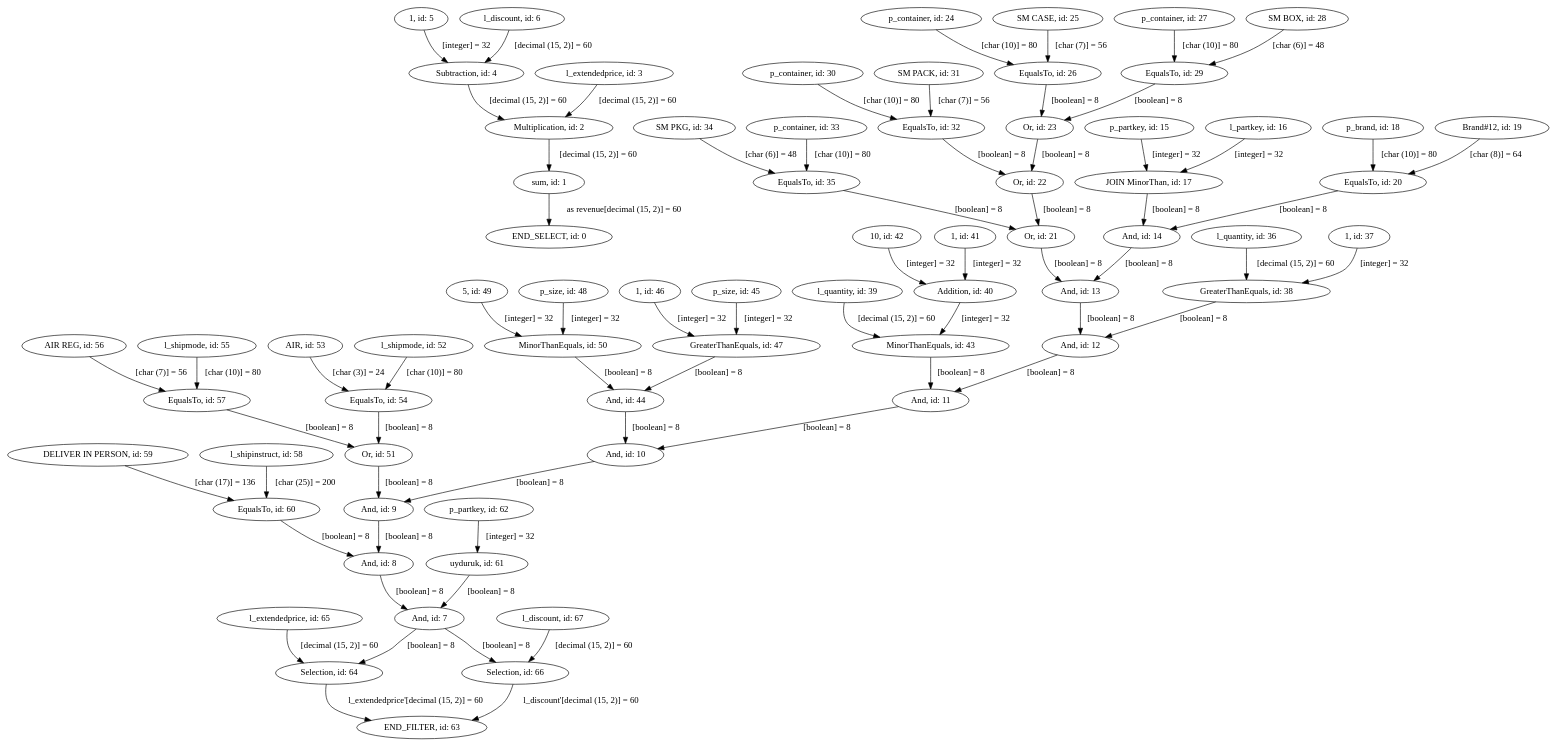
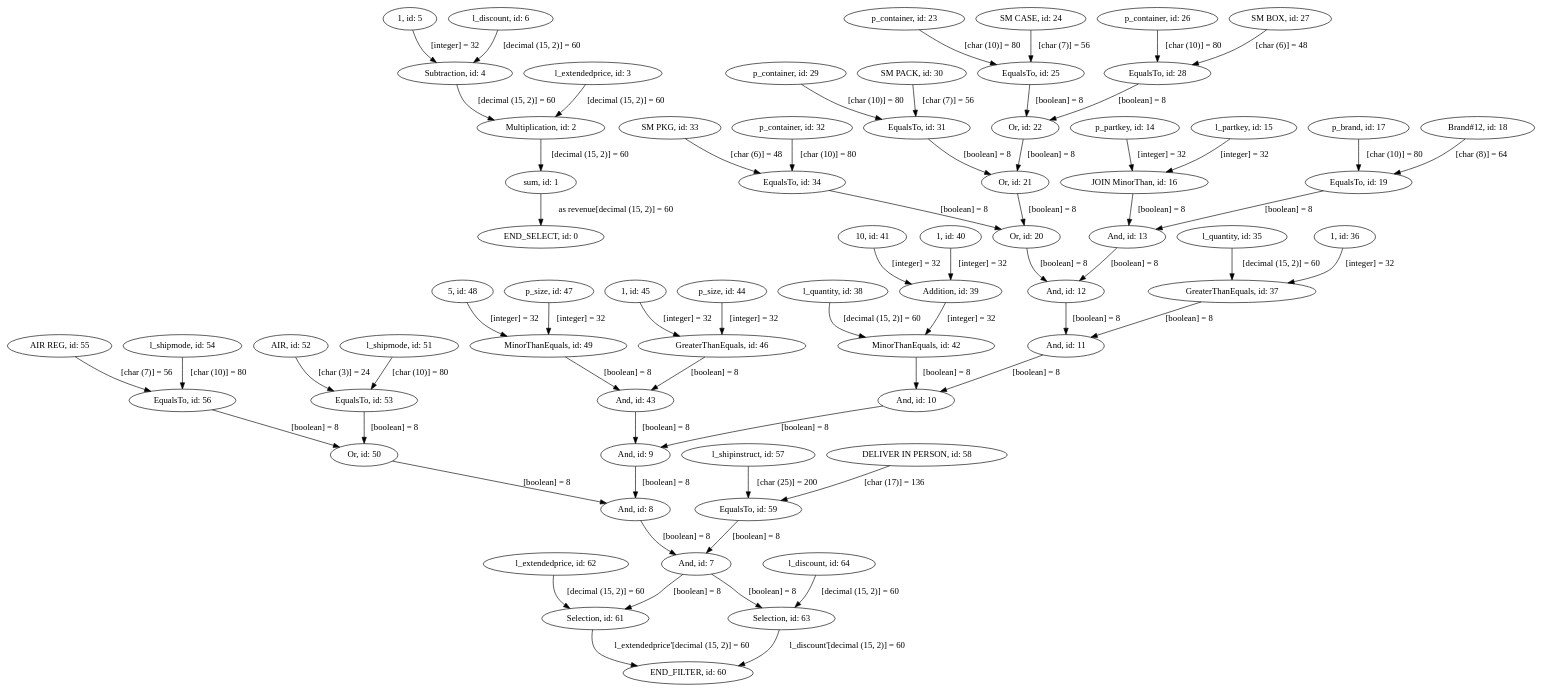
Before and after one commit to hanefi/sql2df: the diagram in res/select1.sql.filter.dot, drawn with Graphviz. The commit also changed 8 other files, not shown here.

```diff
--- a/res/select1.sql.filter.dot
+++ b/res/select1.sql.filter.dot
@@ -1,69 +1,66 @@
 digraph {
 "1, id: 5" -> "Subtraction, id: 4"[label="[integer] = 32"]
 "l_discount, id: 6" -> "Subtraction, id: 4"[label="[decimal (15, 2)] = 60"]
 "l_extendedprice, id: 3" -> "Multiplication, id: 2"[label="[decimal (15, 2)] = 60"]
 "Subtraction, id: 4" -> "Multiplication, id: 2"[label="[decimal (15, 2)] = 60"]
 "Multiplication, id: 2" -> "sum, id: 1"[label="[decimal (15, 2)] = 60"]
 "sum, id: 1" -> "END_SELECT, id: 0"[label=" as revenue[decimal (15, 2)] = 60"]
-"p_partkey, id: 15" -> "JOIN MinorThan, id: 17"[label="[integer] = 32"]
-"l_partkey, id: 16" -> "JOIN MinorThan, id: 17"[label="[integer] = 32"]
-"p_brand, id: 18" -> "EqualsTo, id: 20"[label="[char (10)] = 80"]
-"Brand#12, id: 19" -> "EqualsTo, id: 20"[label="[char (8)] = 64"]
-"JOIN MinorThan, id: 17" -> "And, id: 14"[label="[boolean] = 8"]
-"EqualsTo, id: 20" -> "And, id: 14"[label="[boolean] = 8"]
-"p_container, id: 24" -> "EqualsTo, id: 26"[label="[char (10)] = 80"]
-"SM CASE, id: 25" -> "EqualsTo, id: 26"[label="[char (7)] = 56"]
-"p_container, id: 27" -> "EqualsTo, id: 29"[label="[char (10)] = 80"]
-"SM BOX, id: 28" -> "EqualsTo, id: 29"[label="[char (6)] = 48"]
-"EqualsTo, id: 26" -> "Or, id: 23"[label="[boolean] = 8"]
-"EqualsTo, id: 29" -> "Or, id: 23"[label="[boolean] = 8"]
-"p_container, id: 30" -> "EqualsTo, id: 32"[label="[char (10)] = 80"]
-"SM PACK, id: 31" -> "EqualsTo, id: 32"[label="[char (7)] = 56"]
-"Or, id: 23" -> "Or, id: 22"[label="[boolean] = 8"]
-"EqualsTo, id: 32" -> "Or, id: 22"[label="[boolean] = 8"]
-"p_container, id: 33" -> "EqualsTo, id: 35"[label="[char (10)] = 80"]
-"SM PKG, id: 34" -> "EqualsTo, id: 35"[label="[char (6)] = 48"]
+"p_partkey, id: 14" -> "JOIN MinorThan, id: 16"[label="[integer] = 32"]
+"l_partkey, id: 15" -> "JOIN MinorThan, id: 16"[label="[integer] = 32"]
+"p_brand, id: 17" -> "EqualsTo, id: 19"[label="[char (10)] = 80"]
+"Brand#12, id: 18" -> "EqualsTo, id: 19"[label="[char (8)] = 64"]
+"JOIN MinorThan, id: 16" -> "And, id: 13"[label="[boolean] = 8"]
+"EqualsTo, id: 19" -> "And, id: 13"[label="[boolean] = 8"]
+"p_container, id: 23" -> "EqualsTo, id: 25"[label="[char (10)] = 80"]
+"SM CASE, id: 24" -> "EqualsTo, id: 25"[label="[char (7)] = 56"]
+"p_container, id: 26" -> "EqualsTo, id: 28"[label="[char (10)] = 80"]
+"SM BOX, id: 27" -> "EqualsTo, id: 28"[label="[char (6)] = 48"]
+"EqualsTo, id: 25" -> "Or, id: 22"[label="[boolean] = 8"]
+"EqualsTo, id: 28" -> "Or, id: 22"[label="[boolean] = 8"]
+"p_container, id: 29" -> "EqualsTo, id: 31"[label="[char (10)] = 80"]
+"SM PACK, id: 30" -> "EqualsTo, id: 31"[label="[char (7)] = 56"]
 "Or, id: 22" -> "Or, id: 21"[label="[boolean] = 8"]
-"EqualsTo, id: 35" -> "Or, id: 21"[label="[boolean] = 8"]
-"And, id: 14" -> "And, id: 13"[label="[boolean] = 8"]
-"Or, id: 21" -> "And, id: 13"[label="[boolean] = 8"]
-"l_quantity, id: 36" -> "GreaterThanEquals, id: 38"[label="[decimal (15, 2)] = 60"]
-"1, id: 37" -> "GreaterThanEquals, id: 38"[label="[integer] = 32"]
+"EqualsTo, id: 31" -> "Or, id: 21"[label="[boolean] = 8"]
+"p_container, id: 32" -> "EqualsTo, id: 34"[label="[char (10)] = 80"]
+"SM PKG, id: 33" -> "EqualsTo, id: 34"[label="[char (6)] = 48"]
+"Or, id: 21" -> "Or, id: 20"[label="[boolean] = 8"]
+"EqualsTo, id: 34" -> "Or, id: 20"[label="[boolean] = 8"]
 "And, id: 13" -> "And, id: 12"[label="[boolean] = 8"]
-"GreaterThanEquals, id: 38" -> "And, id: 12"[label="[boolean] = 8"]
-"1, id: 41" -> "Addition, id: 40"[label="[integer] = 32"]
-"10, id: 42" -> "Addition, id: 40"[label="[integer] = 32"]
-"l_quantity, id: 39" -> "MinorThanEquals, id: 43"[label="[decimal (15, 2)] = 60"]
-"Addition, id: 40" -> "MinorThanEquals, id: 43"[label="[integer] = 32"]
+"Or, id: 20" -> "And, id: 12"[label="[boolean] = 8"]
+"l_quantity, id: 35" -> "GreaterThanEquals, id: 37"[label="[decimal (15, 2)] = 60"]
+"1, id: 36" -> "GreaterThanEquals, id: 37"[label="[integer] = 32"]
 "And, id: 12" -> "And, id: 11"[label="[boolean] = 8"]
-"MinorThanEquals, id: 43" -> "And, id: 11"[label="[boolean] = 8"]
-"p_size, id: 45" -> "GreaterThanEquals, id: 47"[label="[integer] = 32"]
-"1, id: 46" -> "GreaterThanEquals, id: 47"[label="[integer] = 32"]
-"p_size, id: 48" -> "MinorThanEquals, id: 50"[label="[integer] = 32"]
-"5, id: 49" -> "MinorThanEquals, id: 50"[label="[integer] = 32"]
-"GreaterThanEquals, id: 47" -> "And, id: 44"[label="[boolean] = 8"]
-"MinorThanEquals, id: 50" -> "And, id: 44"[label="[boolean] = 8"]
+"GreaterThanEquals, id: 37" -> "And, id: 11"[label="[boolean] = 8"]
+"1, id: 40" -> "Addition, id: 39"[label="[integer] = 32"]
+"10, id: 41" -> "Addition, id: 39"[label="[integer] = 32"]
+"l_quantity, id: 38" -> "MinorThanEquals, id: 42"[label="[decimal (15, 2)] = 60"]
+"Addition, id: 39" -> "MinorThanEquals, id: 42"[label="[integer] = 32"]
 "And, id: 11" -> "And, id: 10"[label="[boolean] = 8"]
-"And, id: 44" -> "And, id: 10"[label="[boolean] = 8"]
-"l_shipmode, id: 52" -> "EqualsTo, id: 54"[label="[char (10)] = 80"]
-"AIR, id: 53" -> "EqualsTo, id: 54"[label="[char (3)] = 24"]
-"l_shipmode, id: 55" -> "EqualsTo, id: 57"[label="[char (10)] = 80"]
-"AIR REG, id: 56" -> "EqualsTo, id: 57"[label="[char (7)] = 56"]
-"EqualsTo, id: 54" -> "Or, id: 51"[label="[boolean] = 8"]
-"EqualsTo, id: 57" -> "Or, id: 51"[label="[boolean] = 8"]
+"MinorThanEquals, id: 42" -> "And, id: 10"[label="[boolean] = 8"]
+"p_size, id: 44" -> "GreaterThanEquals, id: 46"[label="[integer] = 32"]
+"1, id: 45" -> "GreaterThanEquals, id: 46"[label="[integer] = 32"]
+"p_size, id: 47" -> "MinorThanEquals, id: 49"[label="[integer] = 32"]
+"5, id: 48" -> "MinorThanEquals, id: 49"[label="[integer] = 32"]
+"GreaterThanEquals, id: 46" -> "And, id: 43"[label="[boolean] = 8"]
+"MinorThanEquals, id: 49" -> "And, id: 43"[label="[boolean] = 8"]
 "And, id: 10" -> "And, id: 9"[label="[boolean] = 8"]
-"Or, id: 51" -> "And, id: 9"[label="[boolean] = 8"]
-"l_shipinstruct, id: 58" -> "EqualsTo, id: 60"[label="[char (25)] = 200"]
-"DELIVER IN PERSON, id: 59" -> "EqualsTo, id: 60"[label="[char (17)] = 136"]
+"And, id: 43" -> "And, id: 9"[label="[boolean] = 8"]
+"l_shipmode, id: 51" -> "EqualsTo, id: 53"[label="[char (10)] = 80"]
+"AIR, id: 52" -> "EqualsTo, id: 53"[label="[char (3)] = 24"]
+"l_shipmode, id: 54" -> "EqualsTo, id: 56"[label="[char (10)] = 80"]
+"AIR REG, id: 55" -> "EqualsTo, id: 56"[label="[char (7)] = 56"]
+"EqualsTo, id: 53" -> "Or, id: 50"[label="[boolean] = 8"]
+"EqualsTo, id: 56" -> "Or, id: 50"[label="[boolean] = 8"]
 "And, id: 9" -> "And, id: 8"[label="[boolean] = 8"]
-"EqualsTo, id: 60" -> "And, id: 8"[label="[boolean] = 8"]
-"p_partkey, id: 62" -> "uyduruk, id: 61"[label="[integer] = 32"]
+"Or, id: 50" -> "And, id: 8"[label="[boolean] = 8"]
+"l_shipinstruct, id: 57" -> "EqualsTo, id: 59"[label="[char (25)] = 200"]
+"DELIVER IN PERSON, id: 58" -> "EqualsTo, id: 59"[label="[char (17)] = 136"]
 "And, id: 8" -> "And, id: 7"[label="[boolean] = 8"]
-"uyduruk, id: 61" -> "And, id: 7"[label="[boolean] = 8"]
-"l_extendedprice, id: 65" -> "Selection, id: 64"[label="[decimal (15, 2)] = 60"]
-"And, id: 7" -> "Selection, id: 64"[label="[boolean] = 8"]
-"Selection, id: 64" -> "END_FILTER, id: 63"[label="l_extendedprice'[decimal (15, 2)] = 60"]
-"l_discount, id: 67" -> "Selection, id: 66"[label="[decimal (15, 2)] = 60"]
-"And, id: 7" -> "Selection, id: 66"[label="[boolean] = 8"]
-"Selection, id: 66" -> "END_FILTER, id: 63"[label="l_discount'[decimal (15, 2)] = 60"]
+"EqualsTo, id: 59" -> "And, id: 7"[label="[boolean] = 8"]
+"l_extendedprice, id: 62" -> "Selection, id: 61"[label="[decimal (15, 2)] = 60"]
+"And, id: 7" -> "Selection, id: 61"[label="[boolean] = 8"]
+"Selection, id: 61" -> "END_FILTER, id: 60"[label="l_extendedprice'[decimal (15, 2)] = 60"]
+"l_discount, id: 64" -> "Selection, id: 63"[label="[decimal (15, 2)] = 60"]
+"And, id: 7" -> "Selection, id: 63"[label="[boolean] = 8"]
+"Selection, id: 63" -> "END_FILTER, id: 60"[label="l_discount'[decimal (15, 2)] = 60"]
 }
```
